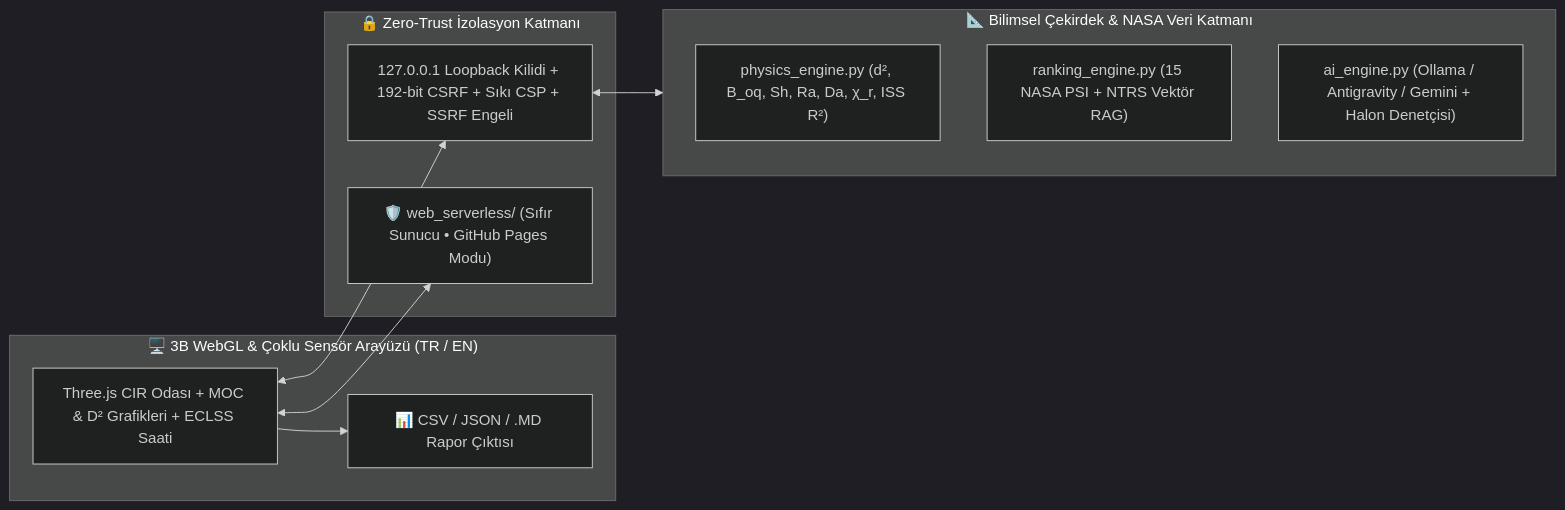
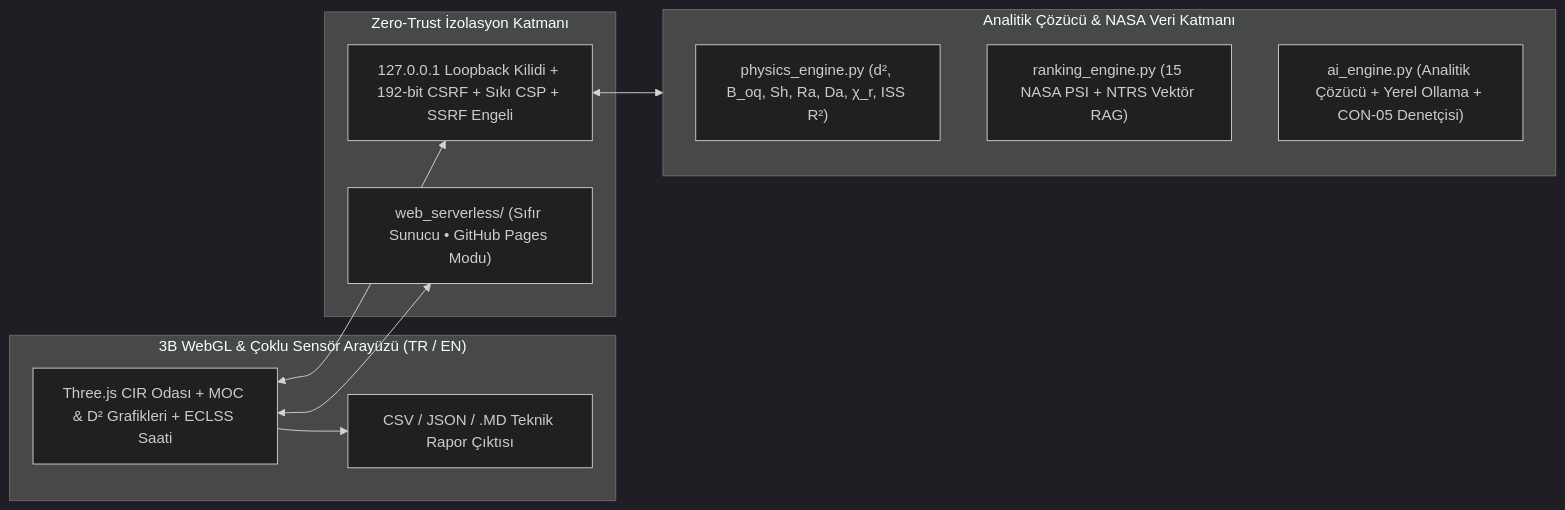
Before and after one commit to Faruk042/Nasa: the diagram in README.md, drawn with Mermaid (dark theme). The commit also changed other lines of this file and 34 other files, not shown here.

Commit message:
feat(v5.1): NASA GRC Mission Control UI, Physics-Informed Synthesis & Zero-Trust Bundle

````diff
--- a/README.md
+++ b/README.md
@@ -78,22 +79,22 @@
 ```mermaid
 flowchart LR
-    subgraph Client["🖥️ 3B WebGL & Çoklu Sensör Arayüzü (TR / EN)"]
+    subgraph Client["3B WebGL & Çoklu Sensör Arayüzü (TR / EN)"]
         UI["Three.js CIR Odası + MOC & D² Grafikleri + ECLSS Saati"]
-        Export["📊 CSV / JSON / .MD Rapor Çıktısı"]
+        Export["CSV / JSON / .MD Teknik Rapor Çıktısı"]
     end
 
-    subgraph Security["🔒 Zero-Trust İzolasyon Katmanı"]
+    subgraph Security["Zero-Trust İzolasyon Katmanı"]
         Guard["127.0.0.1 Loopback Kilidi + 192-bit CSRF + Sıkı CSP + SSRF Engeli"]
-        StaticMode["🛡️ web_serverless/ (Sıfır Sunucu • GitHub Pages Modu)"]
+        StaticMode["web_serverless/ (Sıfır Sunucu • GitHub Pages Modu)"]
     end
 
-    subgraph Core["📐 Bilimsel Çekirdek & NASA Veri Katmanı"]
+    subgraph Core["Analitik Çözücü & NASA Veri Katmanı"]
         Phys["physics_engine.py (d², B_oq, Sh, Ra, Da, χ_r, ISS R²)"]
         Rank["ranking_engine.py (15 NASA PSI + NTRS Vektör RAG)"]
-        AI["ai_engine.py (Ollama / Antigravity / Gemini + Halon Denetçisi)"]
+        Synth["ai_engine.py (Analitik Çözücü + Yerel Ollama + CON-05 Denetçisi)"]
     end
 
     UI <--> Guard <--> Core
     UI <--> StaticMode
     UI --> Export
 ```
````
